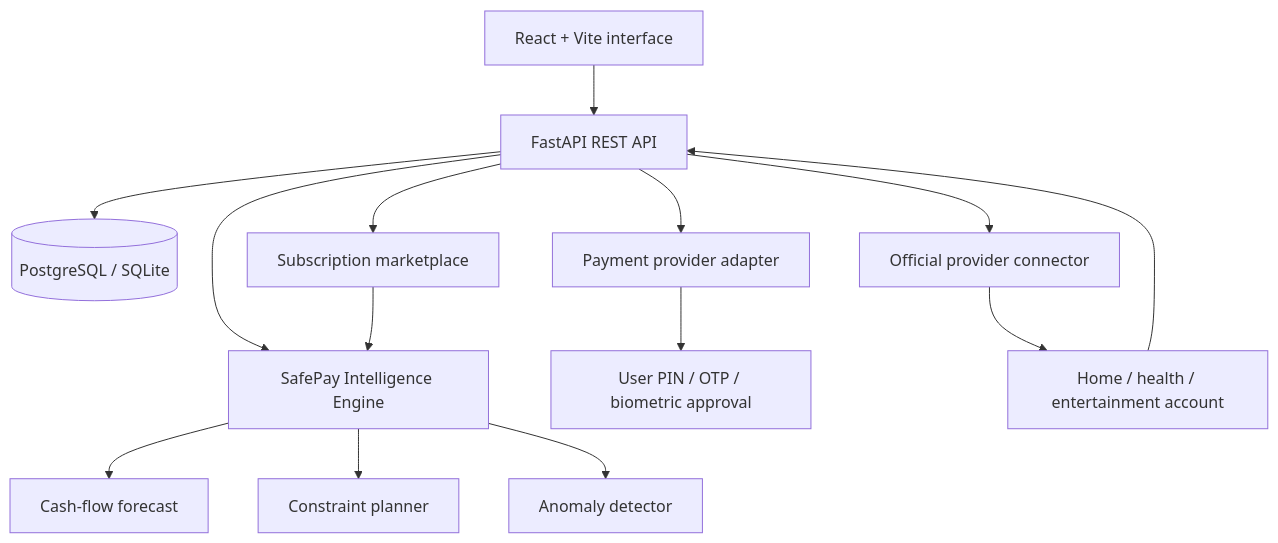
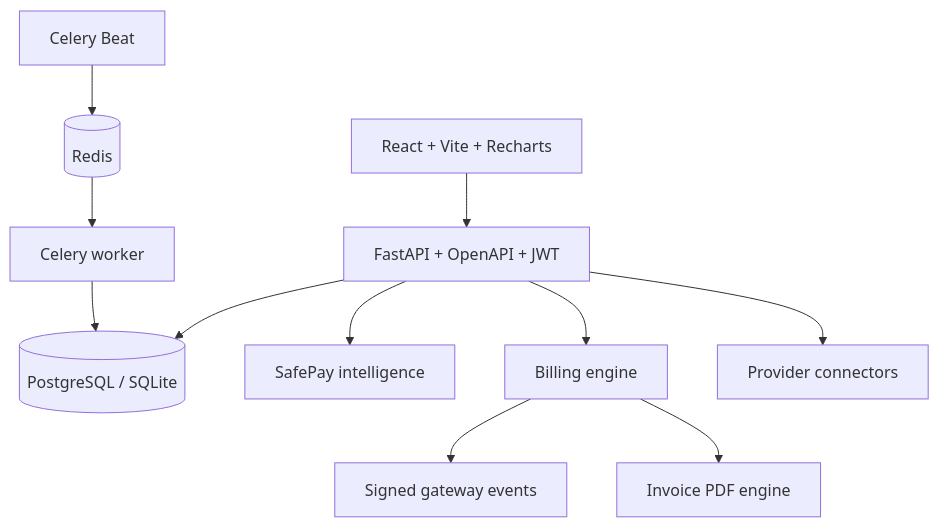
The diagram in README.md (Yashovardhan47/AI_finance_manage_system_AI), drawn with Mermaid before and after one commit. The commit also changed other lines of this file and 50 other files, not shown here.

````diff
--- a/README.md
+++ b/README.md
@@ -48,16 +55,12 @@
 ```mermaid
 flowchart TB
-    UI[React + Vite interface] --> API[FastAPI REST API]
+    UI[React + Vite + Recharts] --> API[FastAPI + OpenAPI + JWT]
     API --> DB[(PostgreSQL / SQLite)]
-    API --> AI[SafePay Intelligence Engine]
-    AI --> F[Cash-flow forecast]
-    AI --> P[Constraint planner]
-    AI --> A[Anomaly detector]
-    API --> PAY[Payment provider adapter]
-    API --> MKT[Subscription marketplace]
-    MKT --> AI
-    PAY --> AUTH[User PIN / OTP / biometric approval]
-    API --> CON[Official provider connector]
-    CON --> EXT[Home / health / entertainment account]
-    EXT --> API
+    API --> AI[SafePay intelligence]
+    API --> BILL[Billing engine]
+    BILL --> GATE[Signed gateway events]
+    BILL --> PDF[Invoice PDF engine]
+    BEAT[Celery Beat] --> REDIS[(Redis)] --> WORKER[Celery worker]
+    WORKER --> DB
+    API --> CON[Provider connectors]
 ```
````
